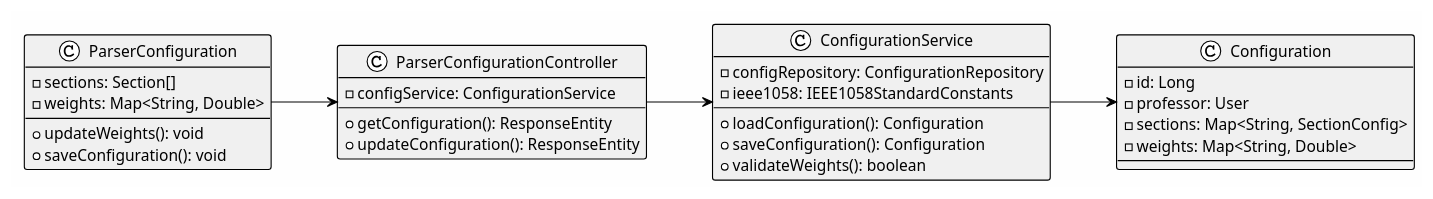
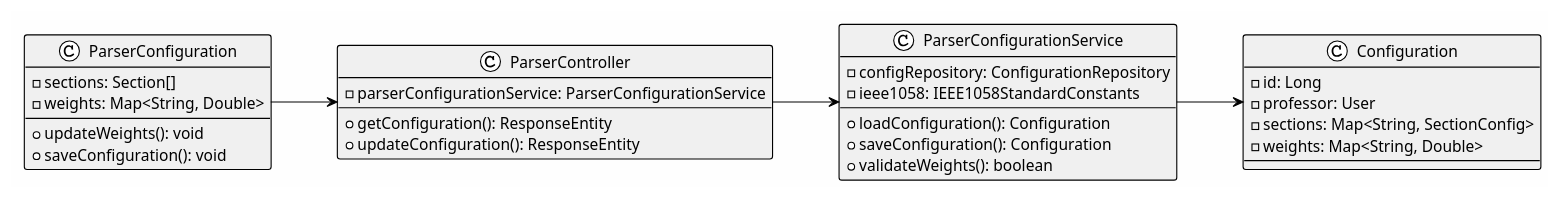
Before and after one commit to lawas-tess/SPMP-Evaluator: the third of 6 diagrams in Capstone Files/Module3.md, drawn with PlantUML. The commit also changed other lines of this file and 8 other files, not shown here.

Commit message:
Add AI integration architecture docs, PlantUML diagrams, and presentation script; Update modules with hybrid AI approach; Switch to Amazon Nova model with timeout protection

````diff
--- a/Capstone Files/Module3.md
+++ b/Capstone Files/Module3.md
@@ -392,43 +440,43 @@
 ```plantuml
 @startuml ParserConfiguration_ClassDiagram
 !theme plain
 left to right direction
 skinparam backgroundColor #FEFEFE
 skinparam classBackgroundColor #F0F0F0
 
 class ParserConfiguration {
   - sections: Section[]
   - weights: Map<String, Double>
   --
   + updateWeights(): void
   + saveConfiguration(): void
 }
 
-class ParserConfigurationController {
-  - configService: ConfigurationService
+class ParserController {
+  - parserConfigurationService: ParserConfigurationService
   --
   + getConfiguration(): ResponseEntity
   + updateConfiguration(): ResponseEntity
 }
 
-class ConfigurationService {
+class ParserConfigurationService {
   - configRepository: ConfigurationRepository
   - ieee1058: IEEE1058StandardConstants
   --
   + loadConfiguration(): Configuration
   + saveConfiguration(): Configuration
   + validateWeights(): boolean
 }
 
 class Configuration {
   - id: Long
   - professor: User
   - sections: Map<String, SectionConfig>
   - weights: Map<String, Double>
 }
 
-ParserConfiguration --> ParserConfigurationController
-ParserConfigurationController --> ConfigurationService
-ConfigurationService --> Configuration
+ParserConfiguration --> ParserController
+ParserController --> ParserConfigurationService
+ParserConfigurationService --> Configuration
 @enduml
 ```
````
